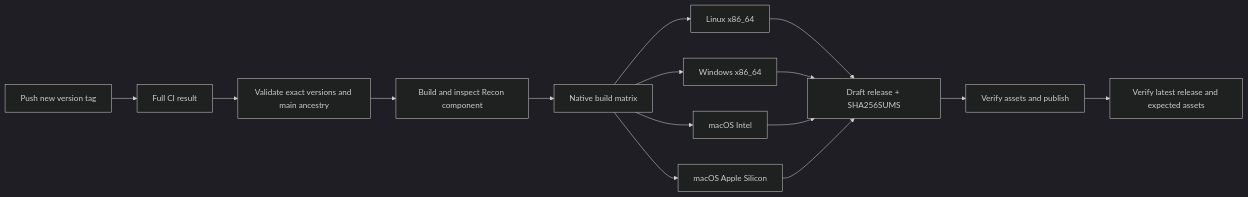
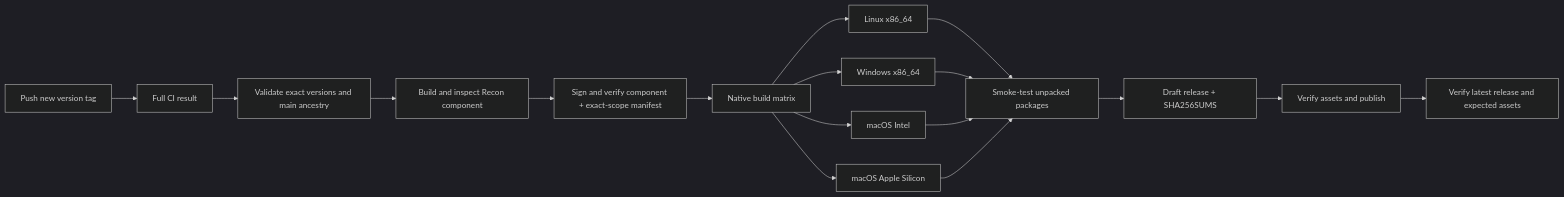
The fourth of 4 diagrams in docs/architecture/PROJECT_FLOW.md (anonto42/poly.glid_security_workspace), drawn with Mermaid (dark theme) before and after one commit. The commit also changed 50 other files, not shown here.

````diff
--- a/docs/architecture/PROJECT_FLOW.md
+++ b/docs/architecture/PROJECT_FLOW.md
@@ -121,17 +121,19 @@
 ```mermaid
 flowchart LR
     Tag[Push new version tag] --> CI[Full CI result]
     CI --> Preflight[Validate exact versions and main ancestry]
     Preflight --> Plugin[Build and inspect Recon component]
-    Plugin --> Matrix[Native build matrix]
+    Plugin --> Sign[Sign and verify component + exact-scope manifest]
+    Sign --> Matrix[Native build matrix]
     Matrix --> Linux[Linux x86_64]
     Matrix --> Windows[Windows x86_64]
     Matrix --> MacIntel[macOS Intel]
     Matrix --> MacArm[macOS Apple Silicon]
-    Linux --> Draft[Draft release + SHA256SUMS]
-    Windows --> Draft
-    MacIntel --> Draft
-    MacArm --> Draft
+    Linux --> Smoke[Smoke-test unpacked packages]
+    Windows --> Smoke
+    MacIntel --> Smoke
+    MacArm --> Smoke
+    Smoke --> Draft[Draft release + SHA256SUMS]
     Draft --> Publish[Verify assets and publish]
     Publish --> Website[Verify latest release and expected assets]
 ```
````
